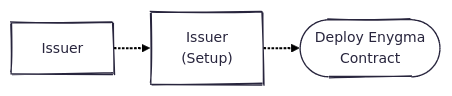
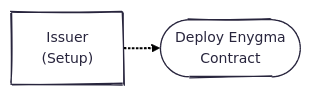
Before and after one commit to raylsnetwork/Enygma: the second of 8 diagrams in enygma_payments/README.md, drawn with Mermaid. The commit also changed other lines of this file, not shown here.

Commit message:
Remove 'Issuer' entity from flowcharts
Removed references to 'Issuer' entity in flowcharts for Setup and Mint sections.

````diff
--- a/enygma_payments/README.md
+++ b/enygma_payments/README.md
@@ -41,21 +41,17 @@
 ```mermaid
 ---
 config:
   theme: redux
   layout: elk
   look: handDrawn
 ---
 flowchart LR
 
-    %% Entities
-    issuer["Issuer"]
-
     %% I (Setup)
     i_setup["Issuer<br>(Setup)"]
     deploy(["Deploy Enygma<br>Contract"])
 
     %% Flow Connections
-    issuer -.-> i_setup
     i_setup -.-> deploy
 
 ```
````
